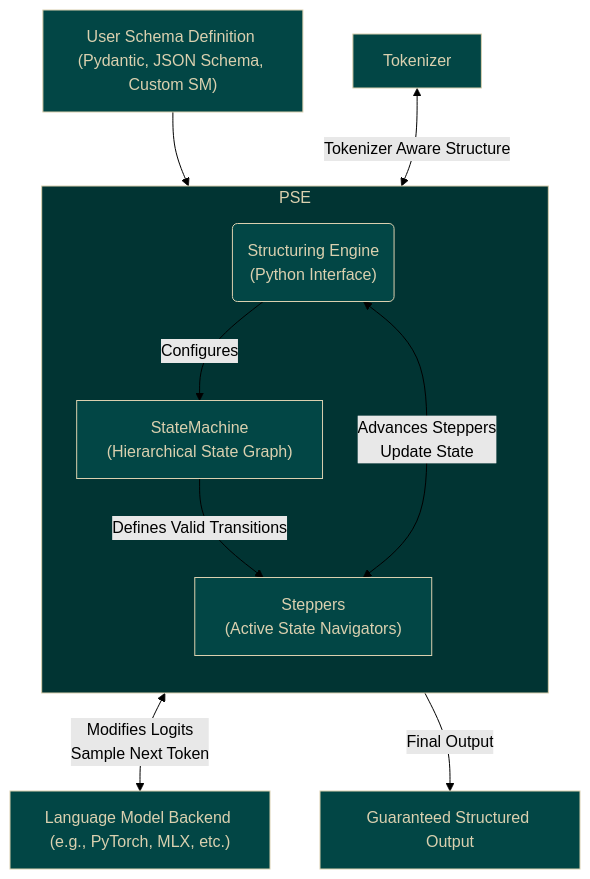
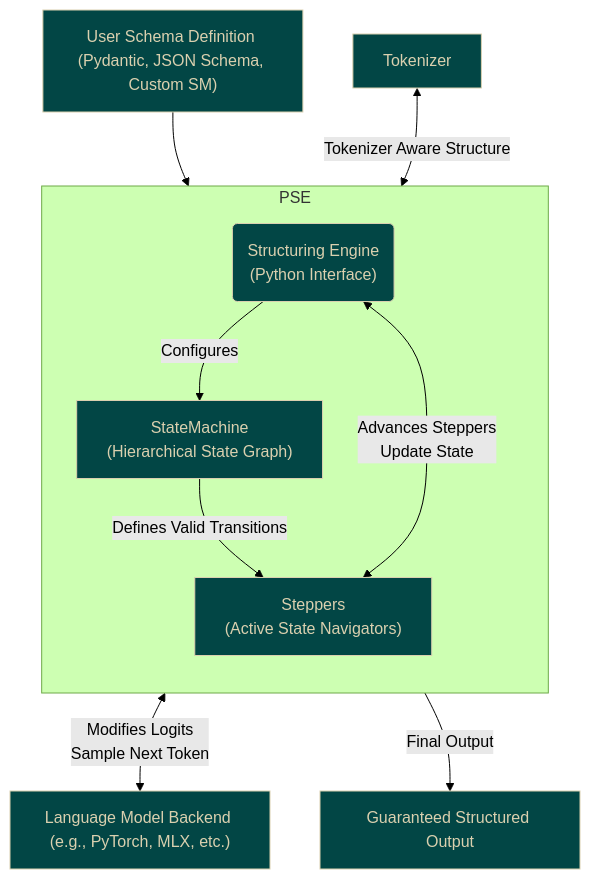
The diagram in pse-docs/docs/core-concepts/core-architecture.md (TheProxyCompany/proxy-technical-docs), drawn with Mermaid (forest theme) before and after one commit. The commit also changed 1 other file, not shown here.

````diff
--- a/pse-docs/docs/core-concepts/core-architecture.md
+++ b/pse-docs/docs/core-concepts/core-architecture.md
@@ -5,27 +5,25 @@
 ```mermaid
 flowchart TD
     A["User Schema Definition (Pydantic, JSON Schema, Custom SM)"]
     B("Structuring Engine <br/> (Python Interface)")
     A --> B
     C["Language Model Backend (e.g., PyTorch, MLX, etc.)"]
     B <-- "Modifies Logits <br/> Sample Next Token" --> C
     D[Tokenizer] <-- Tokenizer Aware Structure --> B
 
     subgraph PSE
         direction TB
         B -- Configures --> E["StateMachine <br/> (Hierarchical State Graph)"]
         E -- Defines Valid Transitions --> F["Steppers <br/> (Active State Navigators)"]
         B <-- "Advances Steppers <br/> Update State" --> F
     end
 
     F -- "Final Output" --> H["Guaranteed Structured Output"]
 
     class A,H terminal;
-    class PSE phase;
     class B,C,D,E,F state;
 
-    classDef phase fill:#013433, stroke:#DAD0AF, border-color:#DAD0AF, color:#DAD0AF;
     classDef decision fill:#024645, stroke:#DAD0AF, border-color:#DAD0AF, color:#DAD0AF,shape:diamond;
     classDef state fill:#024645, stroke:#DAD0AF, border-color:#DAD0AF, color:#DAD0AF;
     classDef terminal fill:#024645, stroke:#DAD0AF, border-color:#DAD0AF, color:#DAD0AF,shape:stadium;
 ```
````
